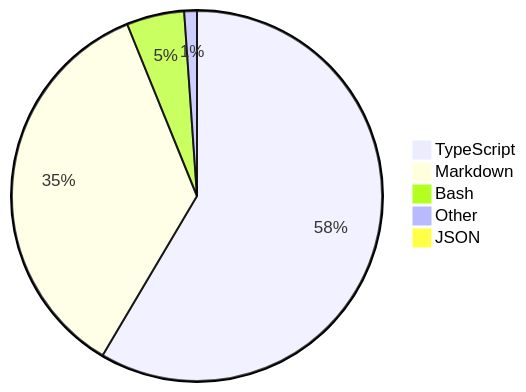
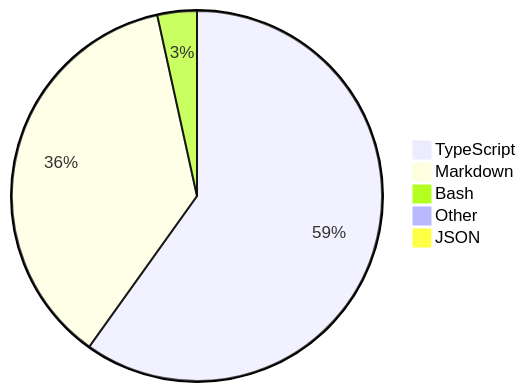
One commit to skvggor/skvggor changed the diagram in README.md. Above: the diagram before and after it, drawn with Mermaid.

Commit message:
Updated waka-readme graph with new metrics

````diff
--- a/README.md
+++ b/README.md
@@ -35,8 +35,8 @@
 ```mermaid
 pie
-    "TypeScript" : 58.1
-    "Markdown" : 35.1
-    "Bash" : 5.0
-    "Other" : 1.1
-    "JSON" : 0.6
+    "TypeScript" : 59.1
+    "Markdown" : 36.2
+    "Bash" : 3.4
+    "Other" : 0.8
+    "JSON" : 0.4
 ```
````
